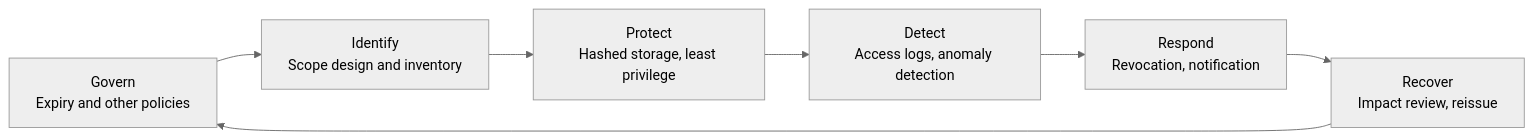
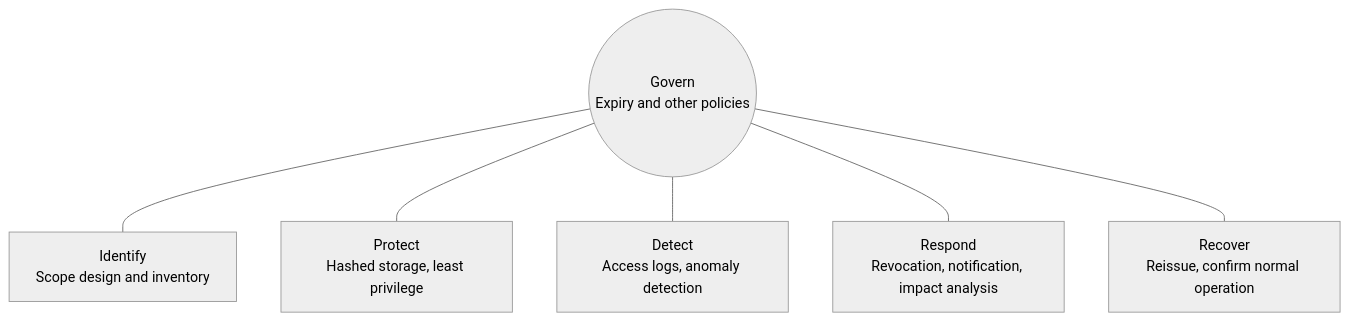
One commit to bmf-san/bmf-tech changed the first of 2 diagrams in content/en/posts/nist-csf-api-token-design.md. Above: the diagram before and after it, drawn with Mermaid (neutral theme). The commit also changed other lines of this file and 1 other file, not shown here.

````diff
--- a/content/en/posts/nist-csf-api-token-design.md
+++ b/content/en/posts/nist-csf-api-token-design.md
@@ -48,9 +50,9 @@
 ```mermaid
-flowchart LR
-    GV["Govern<br/>Expiry and other policies"] --> ID["Identify<br/>Scope design and inventory"]
-    ID --> PR["Protect<br/>Hashed storage, least privilege"]
-    PR --> DE["Detect<br/>Access logs, anomaly detection"]
-    DE --> RS["Respond<br/>Revocation, notification"]
-    RS --> RC["Recover<br/>Impact review, reissue"]
-    RC --> GV
+flowchart TB
+    GV(("Govern<br/>Expiry and other policies"))
+    GV --- ID["Identify<br/>Scope design and inventory"]
+    GV --- PR["Protect<br/>Hashed storage, least privilege"]
+    GV --- DE["Detect<br/>Access logs, anomaly detection"]
+    GV --- RS["Respond<br/>Revocation, notification, impact analysis"]
+    GV --- RC["Recover<br/>Reissue, confirm normal operation"]
 ```
````
